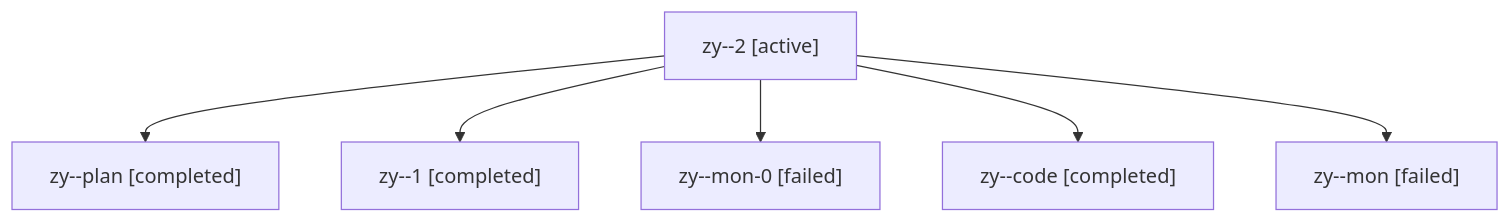
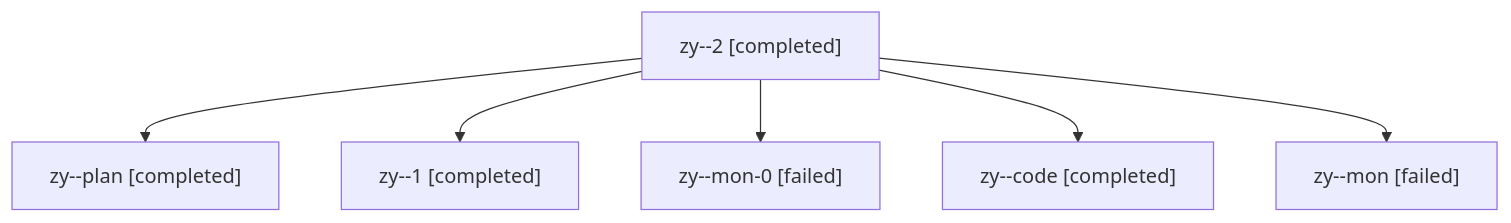
One commit to sase-org/sase--agents changed the diagram in families/bbugyi200.athena.zy.md. Above: the diagram before and after it, drawn with Mermaid. The commit also changed other lines of this file and 1178 other files, not shown here.

````diff
--- a/families/bbugyi200.athena.zy.md
+++ b/families/bbugyi200.athena.zy.md
@@ -9,14 +9,14 @@
 ```mermaid
 flowchart TD
-  n0["zy--2 [active]"]
+  n0["zy--2 [completed]"]
   n1["zy--plan [completed]"]
   n0 --> n1
   n2["zy--1 [completed]"]
   n0 --> n2
   n3["zy--mon-0 [failed]"]
   n0 --> n3
   n4["zy--code [completed]"]
   n0 --> n4
   n5["zy--mon [failed]"]
   n0 --> n5
 ```
````
